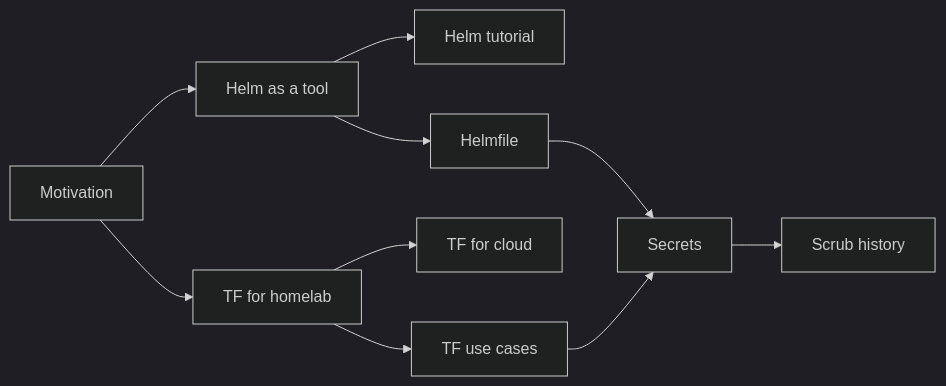
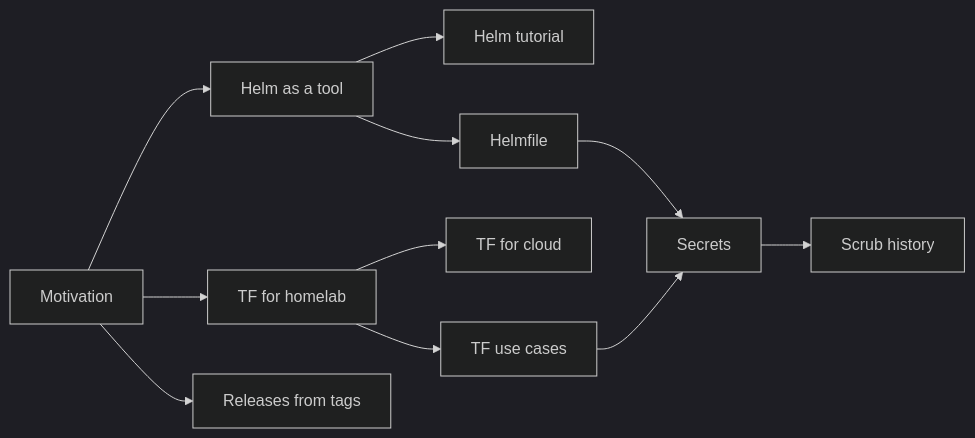
Before and after one commit to bvraghav/homelab: the diagram in docs/blog/MANIFEST.md, drawn with Mermaid (dark theme). The commit also changed other lines of this file and 5 other files, not shown here.

First line of the commit message:
Write up releases from tags; update todo

````diff
--- a/docs/blog/MANIFEST.md
+++ b/docs/blog/MANIFEST.md
@@ -23,12 +23,13 @@
 ```mermaid
 flowchart LR
   M[Motivation] --> H[Helm as a tool]
   H --> HT[Helm tutorial]
   H --> HF[Helmfile]
   M --> T1[TF for homelab]
   T1 --> T2[TF for cloud]
   T1 --> T3[TF use cases]
   T3 --> S[Secrets]
   S --> SH[Scrub history]
+  M --> RW[Releases from tags]
   HF --> S
 ```
````
